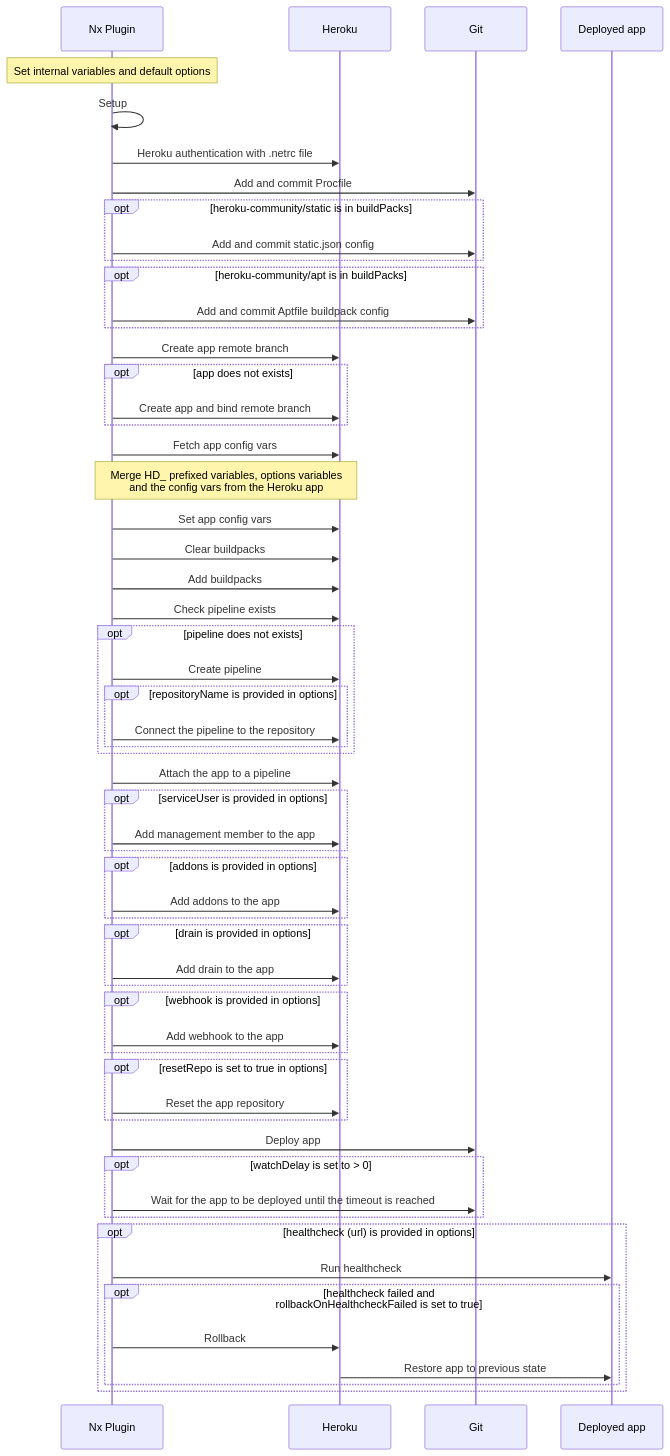
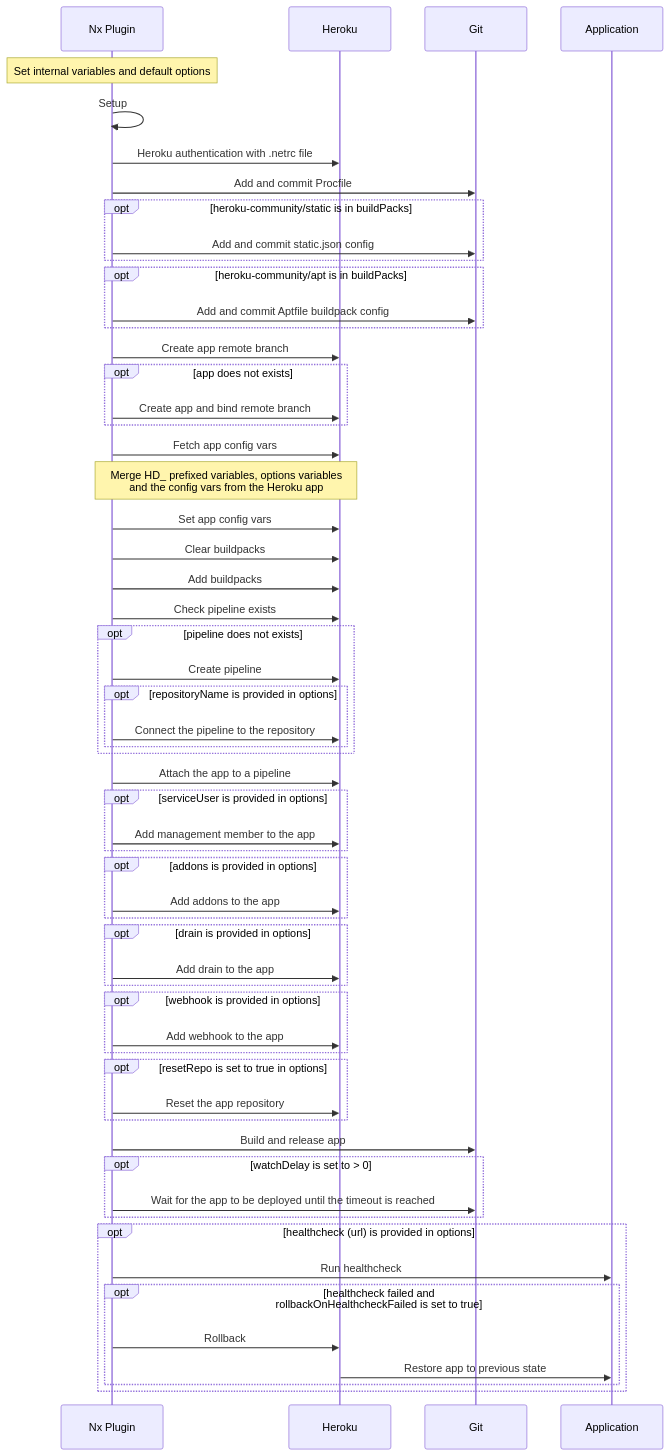
The diagram in README.md (getlarge/nx-heroku), drawn with Mermaid before and after one commit. The commit also changed 4 other files, not shown here.

````diff
--- a/README.md
+++ b/README.md
@@ -99,62 +99,62 @@
 ```mermaid
 sequenceDiagram
 	participant Nx as Nx Plugin
 	participant CLI as Heroku
 	participant Git as Git
-	participant App as Deployed app
+	participant App as Application
 
   note over Nx,Nx: Set internal variables and default options
   Nx->>Nx: Setup
   Nx->>CLI: Heroku authentication with .netrc file
   Nx->>Git: Add and commit Procfile
   opt heroku-community/static is in buildPacks
     Nx->>Git: Add and commit static.json config
   end
   opt heroku-community/apt is in buildPacks
     Nx->>Git: Add and commit Aptfile buildpack config
   end
   Nx->>CLI: Create app remote branch
   opt app does not exists
     Nx->>CLI: Create app and bind remote branch
   end
   Nx->>CLI: Fetch app config vars
   note over Nx,CLI: Merge HD_ prefixed variables, options variables<br/>and the config vars from the Heroku app
   Nx->>CLI: Set app config vars
   Nx->>CLI: Clear buildpacks
   Nx->>CLI: Add buildpacks
   Nx->>CLI: Check pipeline exists
   opt pipeline does not exists
     Nx->>CLI: Create pipeline
      opt repositoryName is provided in options
       Nx->>CLI: Connect the pipeline to the repository
     end
   end
   Nx->>CLI: Attach the app to a pipeline
   opt serviceUser is provided in options
     Nx->>CLI: Add management member to the app
   end
   opt addons is provided in options
     Nx->>CLI: Add addons to the app
   end
   opt drain is provided in options
     Nx->>CLI: Add drain to the app
   end
   opt webhook is provided in options
     Nx->>CLI: Add webhook to the app
   end
   opt resetRepo is set to true in options
     Nx->>CLI: Reset the app repository
   end
-  Nx->>Git: Deploy app
+  Nx->>Git: Build and release app
   opt watchDelay is set to > 0
     Nx->>Git: Wait for the app to be deployed until the timeout is reached
   end
   opt healthcheck (url) is provided in options
     Nx->>App: Run healthcheck
     opt healthcheck failed and rollbackOnHealthcheckFailed is set to true
       Nx->>CLI: Rollback
       CLI->>App: Restore app to previous state
     end
   end
 
 ```
````
